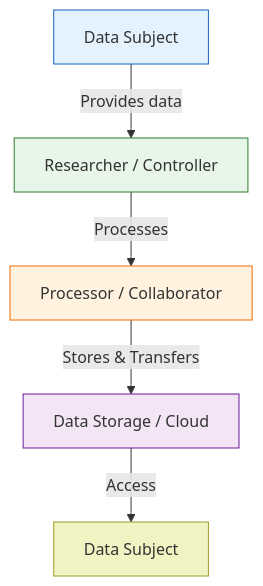
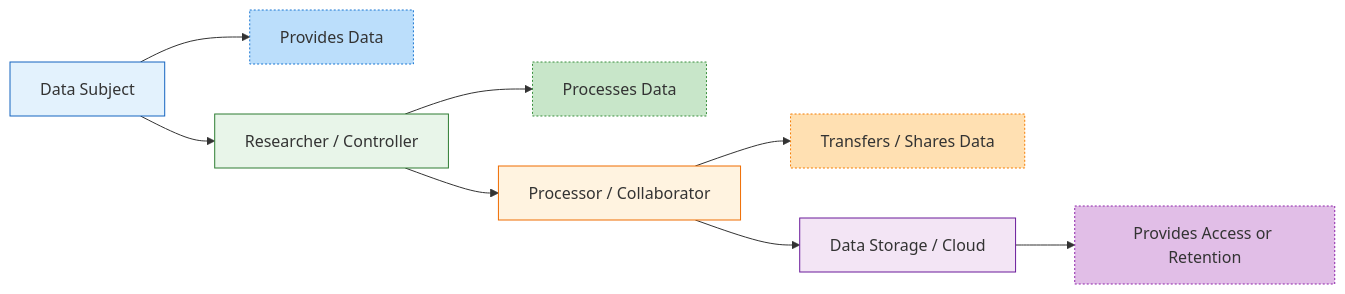
One commit to thomgiles/DSDSP changed the first of 5 diagrams in training_site/essential_digital_skills/episodes/03-data_governance_and_policy.qmd. Above: the diagram before and after it, drawn with Mermaid. The commit also changed other lines of this file and 1 other file, not shown here.

````diff
--- a/training_site/essential_digital_skills/episodes/03-data_governance_and_policy.qmd
+++ b/training_site/essential_digital_skills/episodes/03-data_governance_and_policy.qmd
@@ -60,13 +60,30 @@
 ```{mermaid}
-flowchart TB
-    A[Data Subject] -->|Provides data| B[Researcher / Controller]
-    B -->|Processes| C[Processor / Collaborator]
-    C -->|Stores & Transfers| D[Data Storage / Cloud]
-    D -->|Access| E[Data Subject]
+flowchart LR
+    A[Data Subject]
+    A1[Provides Data]
+    B[Researcher / Controller]
+    B1[Processes Data]
+    C[Processor / Collaborator]
+    C1[Transfers / Shares Data]
+    D[Data Storage / Cloud]
+    D1[Provides Access or Retention]
 
+    %% Main linear flow
+    A --> B --> C --> D
+
+    %% Descriptive side nodes
+    A --> A1
+    B --> B1
+    C --> C1
+    D --> D1
+
+    %% Styling
     style A fill:#E3F2FD,stroke:#1565C0,stroke-width:1px
+    style A1 fill:#BBDEFB,stroke:#1976D2,stroke-width:1px,stroke-dasharray:2 2
     style B fill:#E8F5E9,stroke:#2E7D32,stroke-width:1px
+    style B1 fill:#C8E6C9,stroke:#388E3C,stroke-width:1px,stroke-dasharray:2 2
     style C fill:#FFF3E0,stroke:#EF6C00,stroke-width:1px
+    style C1 fill:#FFE0B2,stroke:#F57C00,stroke-width:1px,stroke-dasharray:2 2
     style D fill:#F3E5F5,stroke:#6A1B9A,stroke-width:1px
-    style E fill:#F0F4C3,stroke:#9E9D24,stroke-width:1px
+    style D1 fill:#E1BEE7,stroke:#8E24AA,stroke-width:1px,stroke-dasharray:2 2
 ```
````
